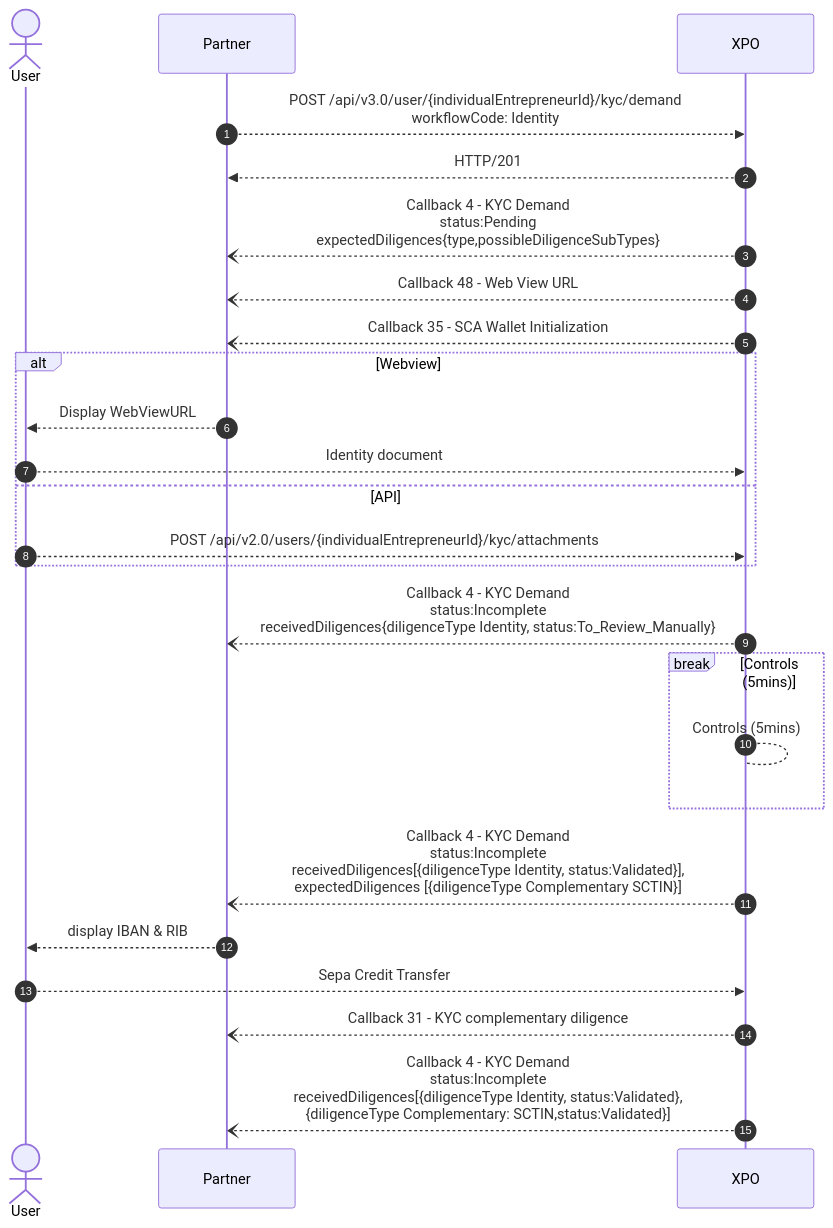
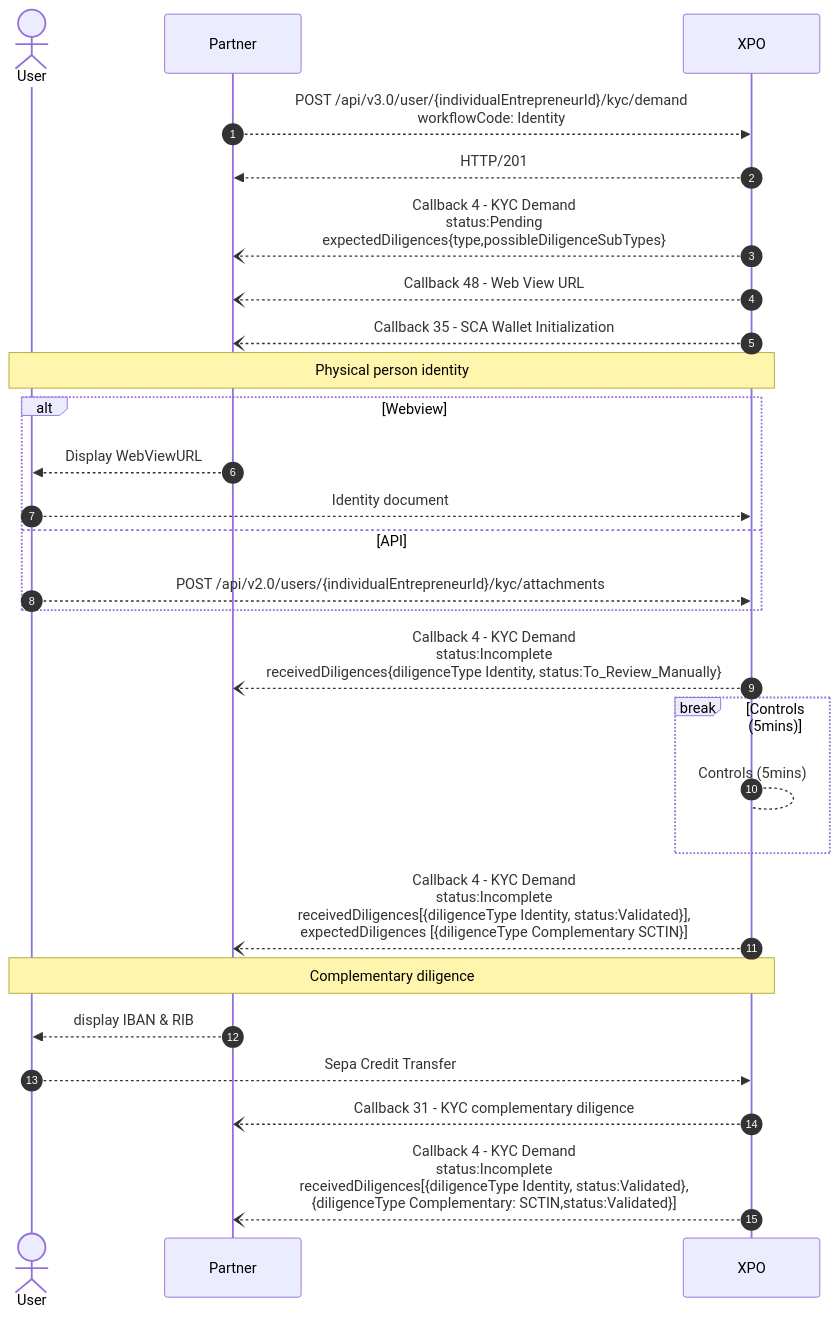
Before and after one commit to pomme-clic/s-money-documentation: the sixth of 12 diagrams in docs/usecases/individual_entrepreneur/individual_entrepreneur_KYB.md, drawn with Mermaid. The commit also changed other lines of this file, not shown here.

````diff
--- a/docs/usecases/individual_entrepreneur/individual_entrepreneur_KYB.md
+++ b/docs/usecases/individual_entrepreneur/individual_entrepreneur_KYB.md
@@ -232,30 +226,33 @@
 ```mermaid
 sequenceDiagram
 autoNumber
 Actor User
 Participant Partner
 Participant XPO
 Partner -->> XPO: POST /api/v3.0/user/{individualEntrepreneurId}/kyc/demand<br/>workflowCode: Identity
 XPO -->> Partner : HTTP/201
 XPO --) Partner : Callback 4 - KYC Demand<br/>status:Pending <br/> expectedDiligences{type,possibleDiligenceSubTypes}
 XPO --) Partner : Callback 48 - Web View URL
 XPO --) Partner : Callback 35 - SCA Wallet Initialization
 
+Note over User, XPO: Physical person identity
 	alt Webview
 		Partner -->> User : Display WebViewURL
 		User -->> XPO : Identity document
 	else API
 		User -->> XPO : POST /api/v2.0/users/{individualEntrepreneurId}/kyc/attachments
 	end
 	XPO --) Partner : Callback 4 - KYC Demand<br/>status:Incomplete <br/>receivedDiligences{diligenceType Identity, status:To_Review_Manually}
 	break Controls (5mins)
 		XPO --> XPO: Controls (5mins) 
 	end
 	XPO --) Partner : Callback 4 - KYC Demand<br/>status:Incomplete <br/>receivedDiligences[{diligenceType Identity, status:Validated}],<br/>expectedDiligences [{diligenceType Complementary SCTIN}]
+	
+	Note over User, XPO: Complementary diligence
 	Partner -->> User: display IBAN & RIB
 	User -->> XPO: Sepa Credit Transfer
 	XPO --) Partner : Callback 31 - KYC complementary diligence
 
 XPO --) Partner : Callback 4 - KYC Demand<br/>status:Incomplete <br/>receivedDiligences[{diligenceType Identity, status:Validated},<br/>{diligenceType Complementary: SCTIN,status:Validated}]
 
 ```
````
